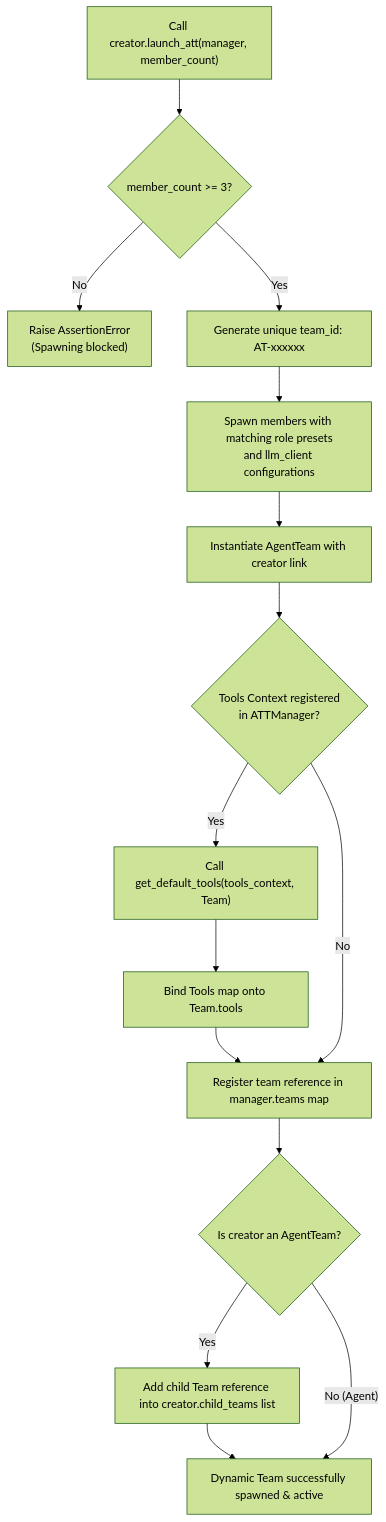
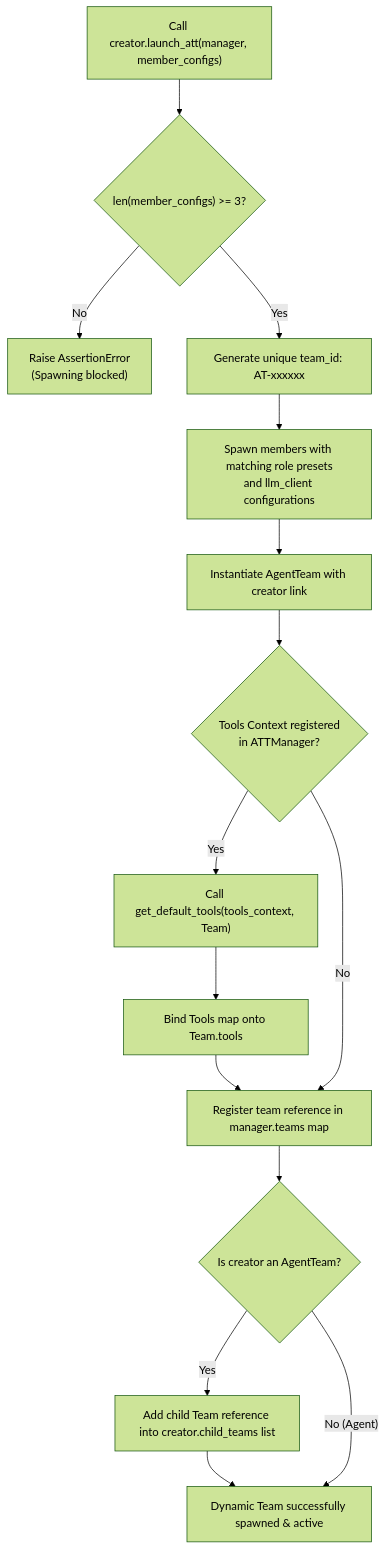
Before and after one commit to AI-Team-Team/AI-Team-Team: the first of 4 diagrams in docs/flowcharts/Spawning_Escalation.md, drawn with Mermaid (forest theme). The commit also changed other lines of this file and 12 other files, not shown here.

````diff
--- a/docs/flowcharts/Spawning_Escalation.md
+++ b/docs/flowcharts/Spawning_Escalation.md
@@ -9,26 +9,26 @@
 ```mermaid
 flowchart TD
-    Start["Call creator.launch_att(manager, member_count)"] --> EnforceSize{"member_count >= 3?"}
+    Start["Call creator.launch_att(manager, member_configs)"] --> EnforceSize{"len(member_configs) >= 3?"}
     
     EnforceSize -- "No" --> RaiseAssert["Raise AssertionError\n(Spawning blocked)"]
     EnforceSize -- "Yes" --> GenerateID["Generate unique team_id: AT-xxxxxx"]
     
     GenerateID --> SpawnMembers["Spawn members with matching role presets\nand llm_client configurations"]
     
     SpawnMembers --> CreateTeam["Instantiate AgentTeam with creator link"]
     
     CreateTeam --> ToolsContext{"Tools Context registered\nin ATTManager?"}
     
     ToolsContext -- "Yes" --> GetDefaultTools["Call get_default_tools(tools_context, Team)"]
     GetDefaultTools --> BindTools["Bind Tools map onto Team.tools"]
     BindTools --> RegisterTeam["Register team reference in manager.teams map"]
     
     ToolsContext -- "No" --> RegisterTeam
     
     RegisterTeam --> CreatorIsTeam{"Is creator an AgentTeam?"}
     
     CreatorIsTeam -- "Yes" --> AddChildLink["Add child Team reference into creator.child_teams list"]
     AddChildLink --> End["Dynamic Team successfully spawned & active"]
     
     CreatorIsTeam -- "No (Agent)" --> End
 ```
````
